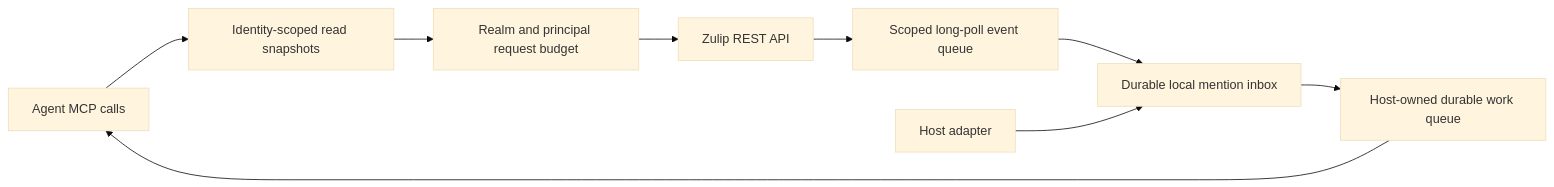
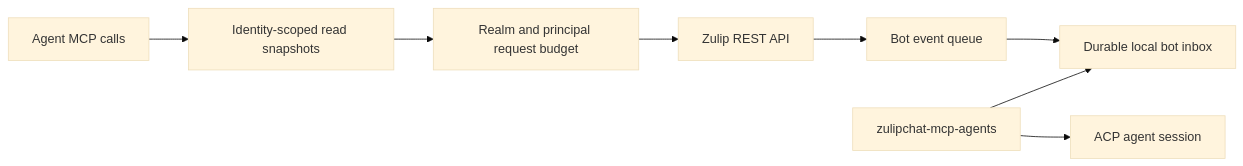
One commit to akougkas/zulipchat-mcp changed the diagram in docs/developer-guide/zulip-api-proxy.md. Above: the diagram before and after it, drawn with Mermaid (base theme). The commit also changed other lines of this file and 25 other files, not shown here.

First line of the commit message:
docs: one agent model; the bridge as a login service

````diff
--- a/docs/developer-guide/zulip-api-proxy.md
+++ b/docs/developer-guide/zulip-api-proxy.md
@@ -31,11 +29,10 @@
 ```mermaid
 flowchart LR
     Agent[Agent MCP calls] --> Reads[Identity-scoped read snapshots]
     Reads --> Budget[Realm and principal request budget]
     Budget --> API[Zulip REST API]
-    API --> Queue[Scoped long-poll event queue]
-    Queue --> Inbox[Durable local mention inbox]
-    Host[Host adapter] --> Inbox
-    Inbox --> Work[Host-owned durable work queue]
-    Work --> Agent
+    API --> Queue[Bot event queue]
+    Queue --> Inbox[Durable local bot inbox]
+    Bridge[zulipchat-mcp-agents] --> Inbox
+    Bridge --> ACP[ACP agent session]
 ```
````
